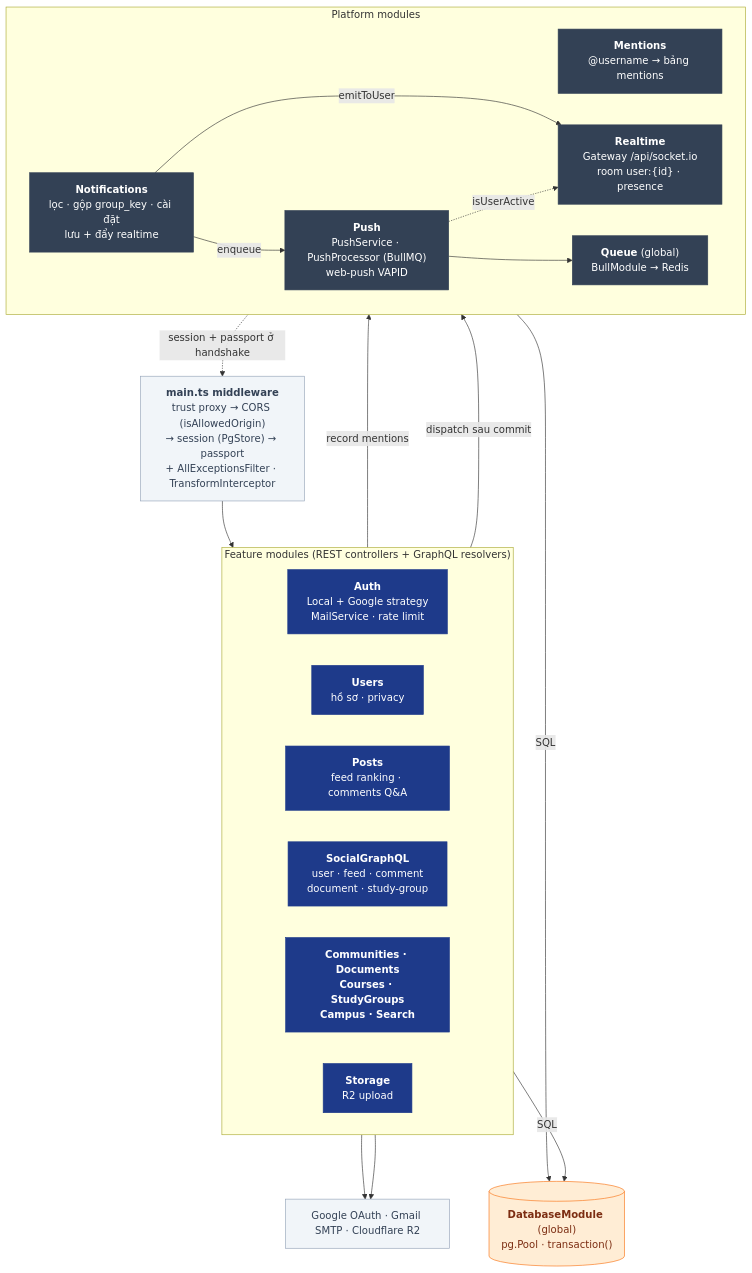
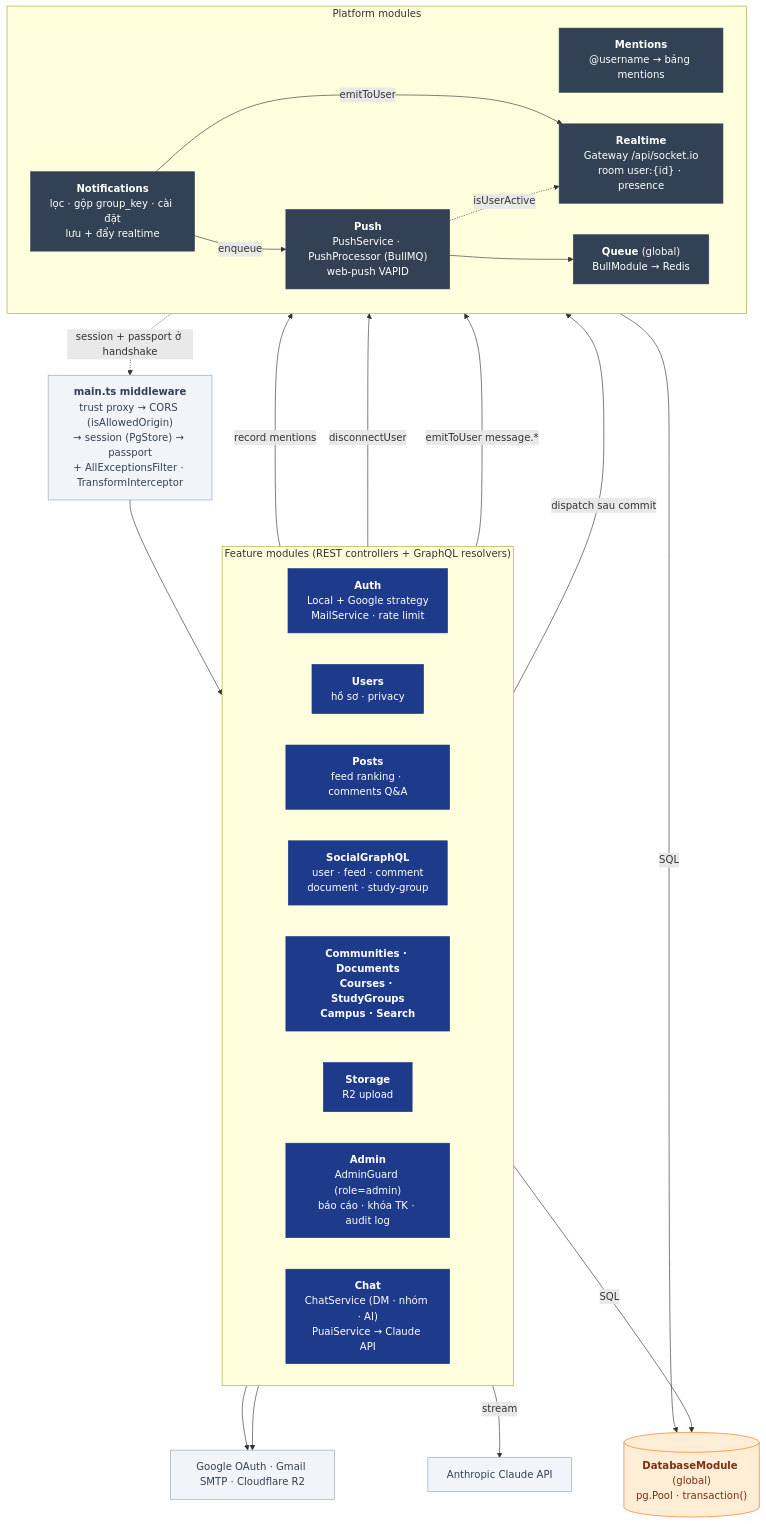
Before and after one commit to nhatcoi/pu-connect: the diagram in docs/diagrams/03-api-components.md, drawn with Mermaid. The commit also changed other lines of this file and 8 other files, not shown here.

Commit message:
docs: course hub, admin, messaging and AI, diagrams and ERD

````diff
--- a/docs/diagrams/03-api-components.md
+++ b/docs/diagrams/03-api-components.md
@@ -7,45 +7,50 @@
 ```mermaid
 flowchart TB
   mw["<b>main.ts middleware</b><br/>trust proxy → CORS (isAllowedOrigin)<br/>→ session (PgStore) → passport<br/>+ AllExceptionsFilter · TransformInterceptor"]
 
   subgraph Feature["Feature modules (REST controllers + GraphQL resolvers)"]
     direction LR
     auth["<b>Auth</b><br/>Local + Google strategy<br/>MailService · rate limit"]
     users["<b>Users</b><br/>hồ sơ · privacy"]
     posts["<b>Posts</b><br/>feed ranking · comments Q&A"]
     gql["<b>SocialGraphQL</b><br/>user · feed · comment<br/>document · study-group"]
     others["<b>Communities · Documents<br/>Courses · StudyGroups<br/>Campus · Search</b>"]
     storage["<b>Storage</b><br/>R2 upload"]
+    admin["<b>Admin</b><br/>AdminGuard (role=admin)<br/>báo cáo · khóa TK · audit log"]
+    chat["<b>Chat</b><br/>ChatService (DM · nhóm · AI)<br/>PuaiService → Claude API"]
   end
 
   subgraph Platform["Platform modules"]
     direction LR
     mentions["<b>Mentions</b><br/>@username → bảng mentions"]
     notif["<b>Notifications</b><br/>lọc · gộp group_key · cài đặt<br/>lưu + đẩy realtime"]
     rt["<b>Realtime</b><br/>Gateway /api/socket.io<br/>room user:{id} · presence"]
     push["<b>Push</b><br/>PushService · PushProcessor (BullMQ)<br/>web-push VAPID"]
     queue["<b>Queue</b> (global)<br/>BullModule → Redis"]
   end
 
   db[("<b>DatabaseModule</b> (global)<br/>pg.Pool · transaction()")]
   ext["Google OAuth · Gmail SMTP · Cloudflare R2"]
 
   mw --> Feature
   posts -->|record mentions| mentions
   Feature -->|dispatch sau commit| notif -->|emitToUser| rt
   notif -->|enqueue| push --> queue
   push -. isUserActive .-> rt
   rt -. session + passport ở handshake .-> mw
   Feature -->|SQL| db
   Platform -->|SQL| db
   auth & storage --> ext
+  admin -->|disconnectUser| rt
+  chat -->|emitToUser message.*| rt
+  chat -->|stream| llm["Anthropic Claude API"]
 
   classDef mod fill:#1e3a8a,stroke:#1e3a8a,color:#fff
   classDef plat fill:#334155,stroke:#334155,color:#fff
   classDef store fill:#ffedd5,stroke:#f97316,color:#7c2d12
   classDef external fill:#f1f5f9,stroke:#94a3b8,color:#334155
-  class auth,users,posts,communities,others,storage,gql mod
+  class auth,users,posts,communities,others,storage,gql,admin,chat mod
   class mentions,notif,rt,push,queue plat
   class db store
-  class ext,mw external
+  class ext,mw,llm external
 ```
````
